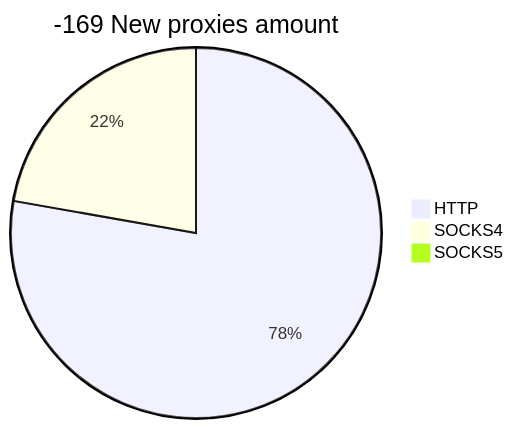
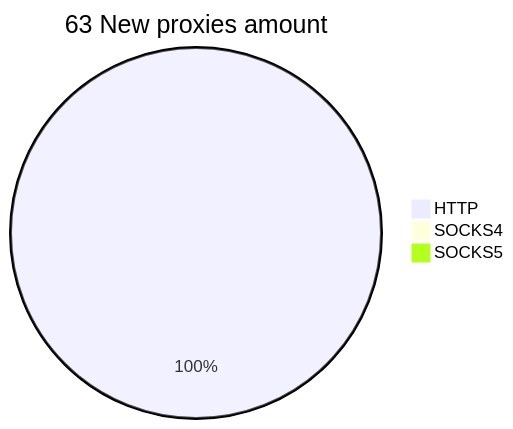
Before and after one commit to cutipu/proxylist: the second of 2 diagrams in README.md, drawn with Mermaid. The commit also changed other lines of this file, not shown here.

````diff
--- a/README.md
+++ b/README.md
@@ -17,6 +17,6 @@
 ```mermaid
-pie title -169 New proxies amount
-    "HTTP" : 28
-    "SOCKS4" : 8
+pie title 63 New proxies amount
+    "HTTP" : 69
+    "SOCKS4" : 0
     "SOCKS5" : 0
 ```
````
